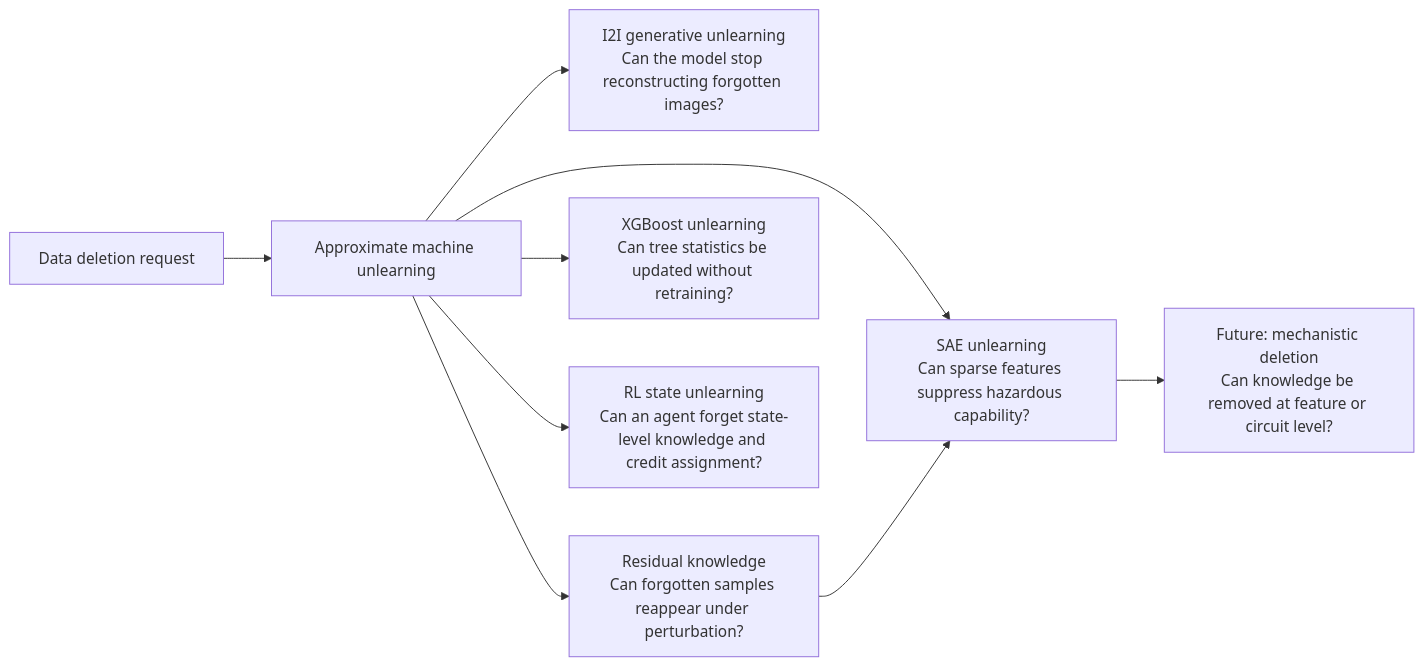
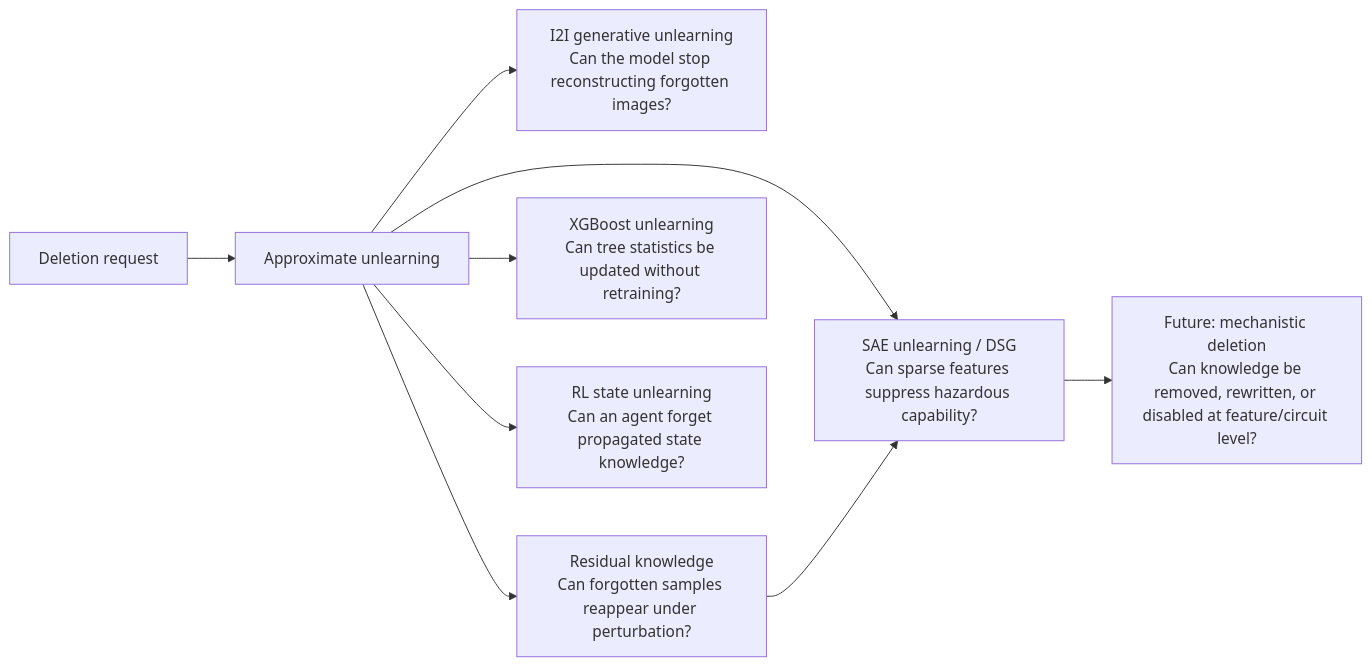
The diagram in README.md (HsiangHsu/knowledge-removal), drawn with Mermaid before and after one commit. The commit also changed other lines of this file, not shown here.

First line of the commit message:
Revise README for clarity on machine unlearning

````diff
--- a/README.md
+++ b/README.md
@@ -39,11 +43,11 @@
 ```mermaid
 flowchart LR
-    A[Data deletion request] --> B[Approximate machine unlearning]
+    A[Deletion request] --> B[Approximate unlearning]
     B --> C[I2I generative unlearning<br/>Can the model stop reconstructing forgotten images?]
     B --> D[Residual knowledge<br/>Can forgotten samples reappear under perturbation?]
     B --> E[XGBoost unlearning<br/>Can tree statistics be updated without retraining?]
-    B --> F[RL state unlearning<br/>Can an agent forget state-level knowledge and credit assignment?]
-    B --> G[SAE unlearning<br/>Can sparse features suppress hazardous capability?]
+    B --> F[RL state unlearning<br/>Can an agent forget propagated state knowledge?]
+    B --> G[SAE unlearning / DSG<br/>Can sparse features suppress hazardous capability?]
     D --> G
-    G --> H[Future: mechanistic deletion<br/>Can knowledge be removed at feature or circuit level?]
+    G --> H[Future: mechanistic deletion<br/>Can knowledge be removed, rewritten, or disabled at feature/circuit level?]
 ```
````
